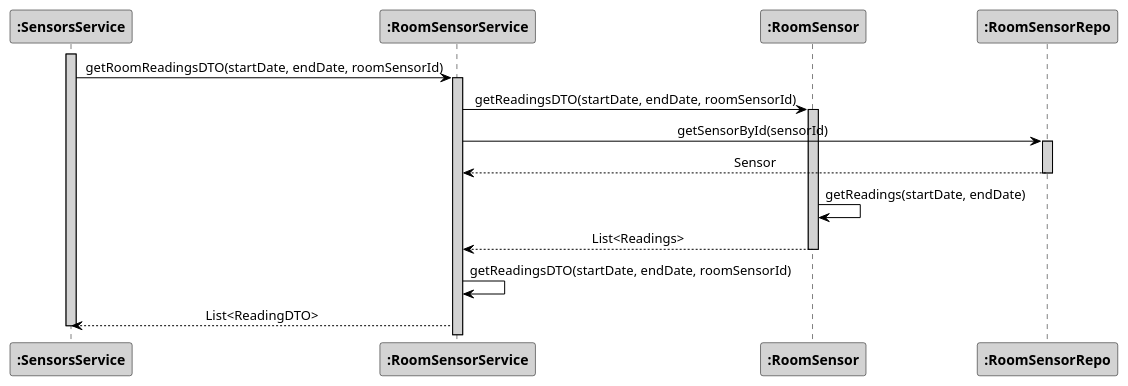
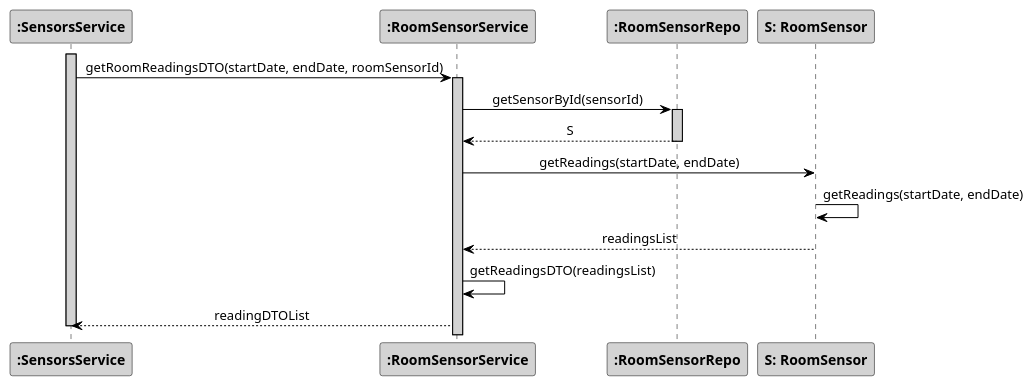
The diagram in src/main/java/pt/ipp/isep/dei/project/controllers/instantstempoutofcomfortlevelcontroller/SD_Ref1_InstantsTempOutOfComfortLevel.puml (1181687/hateoasToy), drawn with PlantUML before and after one commit. The commit also changed 2 other files, not shown here.

Commit message:
Addresses #226 [Related to US445 and US440] - Sequence Diagram Reference 1 - getReadings

```diff
--- a/src/main/java/pt/ipp/isep/dei/project/controllers/instantstempoutofcomfortlevelcontroller/SD_Ref1_InstantsTempOutOfComfortLevel.puml
+++ b/src/main/java/pt/ipp/isep/dei/project/controllers/instantstempoutofcomfortlevelcontroller/SD_Ref1_InstantsTempOutOfComfortLevel.puml
@@ -1,38 +1,37 @@
 @startuml
 skinparam sequenceMessageAlign center
 skinparam sequence {
 	ArrowColor Black
 	ActorBorderColor DarkBlue
 	LifeLineBorderColor black
 	LifeLineBackgroundColor LightGrey
 
 	ParticipantBorderColor Black
 	ParticipantBackgroundColor LightGrey
 	ParticipantFontStyle Bold
 
 	ActorBackgroundColor DimGrey
 	ActorFontColor DeepSkyBlue
 	ActorFontStyle Bold
 	ActorFontSize 17
 	ActorFontName Aapex
 }
 
 activate ":SensorsService"
 ":SensorsService" -> ":RoomSensorService": getRoomReadingsDTO(startDate, endDate, roomSensorId)
 activate ":RoomSensorService"
-":RoomSensorService" -> ":RoomSensor": getReadingsDTO(startDate, endDate, roomSensorId)
-activate ":RoomSensor"
-":RoomSensorService" -> ":RoomSensorRepo":getSensorById(sensorId)
+":RoomSensorService" -> ":RoomSensorRepo": getSensorById(sensorId)
 activate ":RoomSensorRepo"
-":RoomSensorService" <-- ":RoomSensorRepo": Sensor
+":RoomSensorService" <-- ":RoomSensorRepo": S
 deactivate ":RoomSensorRepo"
-":RoomSensor" -> ":RoomSensor": getReadings(startDate, endDate)
+":RoomSensorService" -> "S: RoomSensor": getReadings(startDate, endDate)
+"S: RoomSensor" -> "S: RoomSensor": getReadings(startDate, endDate)
 deactivate ":RoomSensorRepo"
-":RoomSensorService" <-- ":RoomSensor": List<Readings>
-deactivate ":RoomSensor"
-":RoomSensorService" -> ":RoomSensorService": getReadingsDTO(startDate, endDate, roomSensorId)
-":SensorsService" <-- ":RoomSensorService": List<ReadingDTO>
+":RoomSensorService" <-- "S: RoomSensor": readingsList
+deactivate "S: RoomSensor"
+":RoomSensorService" -> ":RoomSensorService": getReadingsDTO(readingsList)
+":SensorsService" <-- ":RoomSensorService": readingDTOList
 deactivate ":SensorsService"
 
 
 @enduml
```
